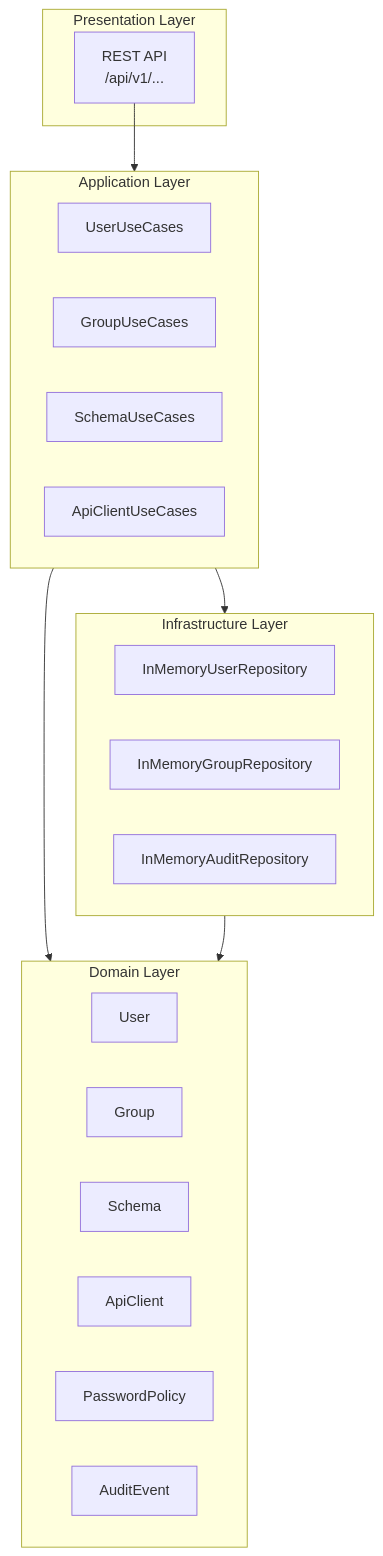
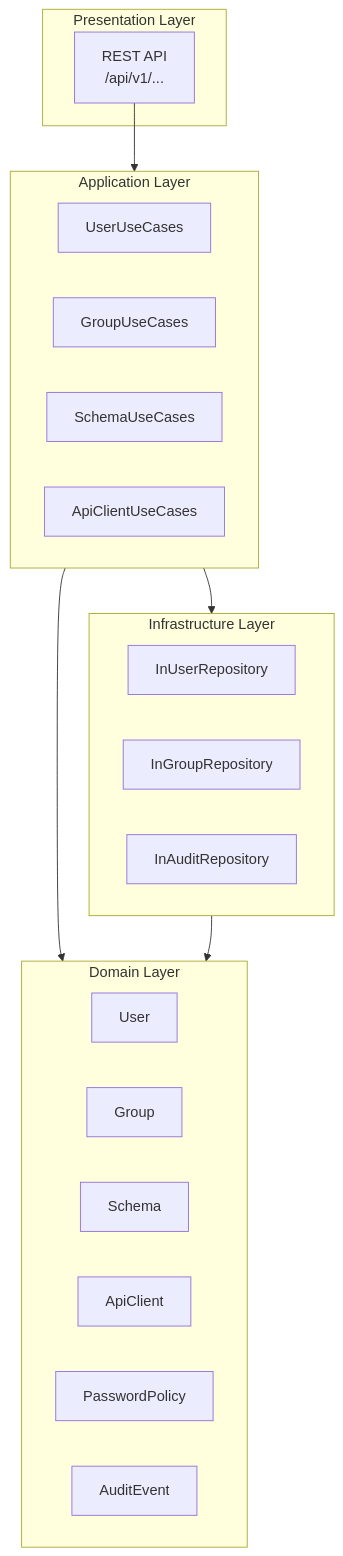
The second of 3 diagrams in identity-directory/docs/UML.md (UIMSolutions/uim-platform), drawn with Mermaid before and after one commit. The commit also changed 31 other files, not shown here.

````diff
--- a/identity-directory/docs/UML.md
+++ b/identity-directory/docs/UML.md
@@ -57,30 +57,30 @@
 ```mermaid
 flowchart TB
     subgraph Presentation["Presentation Layer"]
         REST["REST API\n/api/v1/..."]
     end
     subgraph Application["Application Layer"]
         USER_UC["UserUseCases"]
         GROUP_UC["GroupUseCases"]
         SCHEMA_UC["SchemaUseCases"]
         CLIENT_UC["ApiClientUseCases"]
     end
     subgraph Domain["Domain Layer"]
         USER["User"]
         GROUP["Group"]
         SCHEMA["Schema"]
         CLIENT["ApiClient"]
         POLICY["PasswordPolicy"]
         AUDIT["AuditEvent"]
     end
     subgraph Infrastructure["Infrastructure Layer"]
-        USER_REPO["InMemoryUserRepository"]
-        GROUP_REPO["InMemoryGroupRepository"]
-        AUDIT_REPO["InMemoryAuditRepository"]
+        USER_REPO["InUserRepository"]
+        GROUP_REPO["InGroupRepository"]
+        AUDIT_REPO["InAuditRepository"]
     end
 
     REST --> Application
     Application --> Domain
     Infrastructure --> Domain
     Application --> Infrastructure
 ```
````
